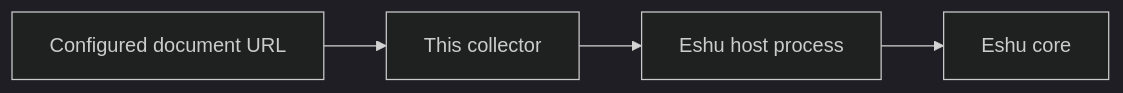
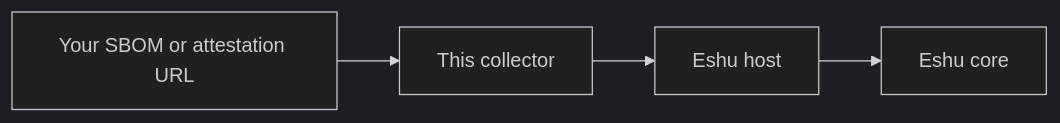
The diagram in README.md (eshu-hq/eshu-collector-sbom-attestation), drawn with Mermaid (dark theme) before and after one commit. The commit also changed other lines of this file and 12 other files, not shown here.

````diff
--- a/README.md
+++ b/README.md
@@ -37,4 +15,4 @@
 ```mermaid
 flowchart LR
-  A["Configured document URL"] --> B["This collector"] --> C["Eshu host process"] --> D["Eshu core"]
+  A["Your SBOM or attestation URL"] --> B["This collector"] --> C["Eshu host"] --> D["Eshu core"]
 ```
````
